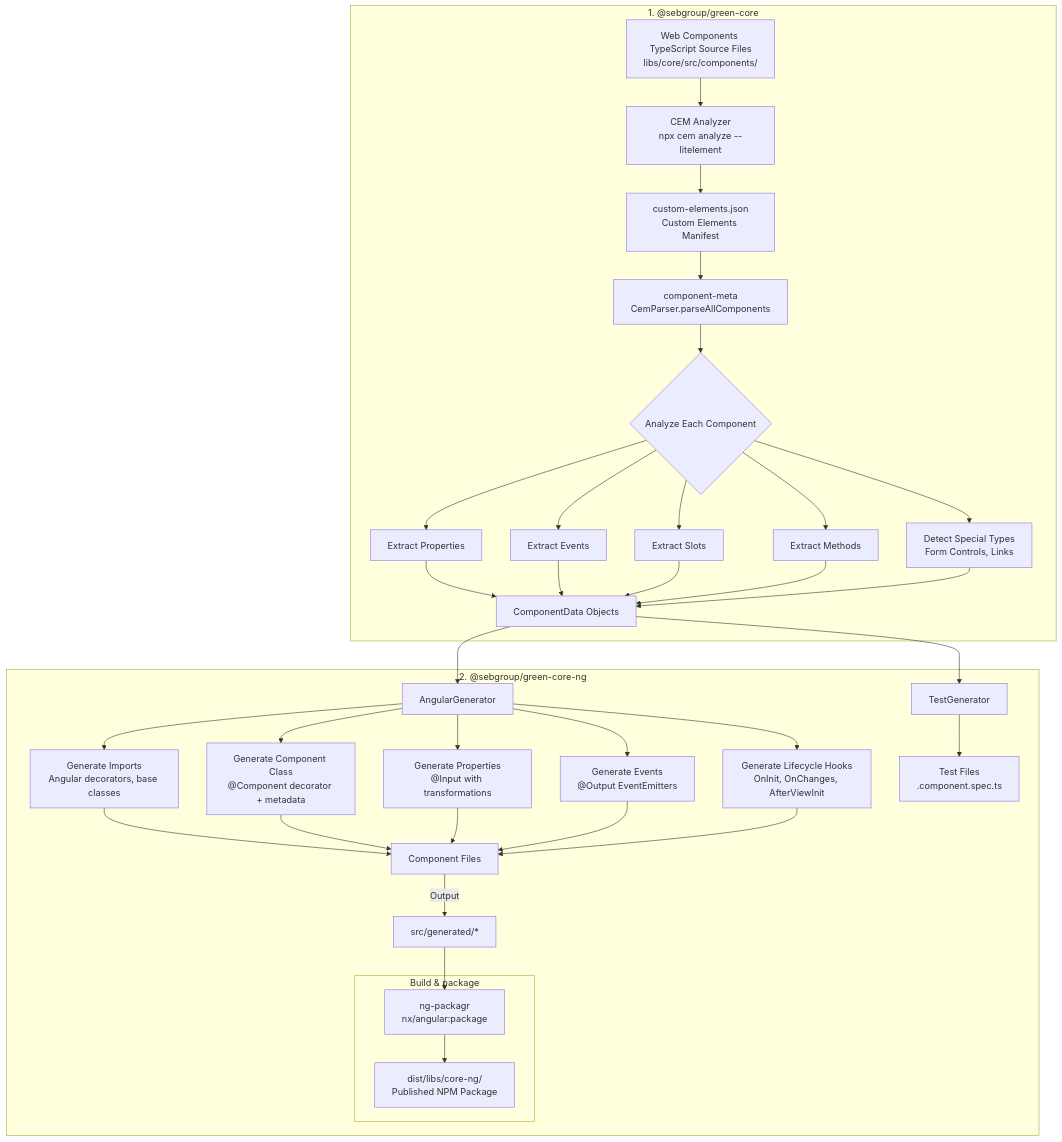
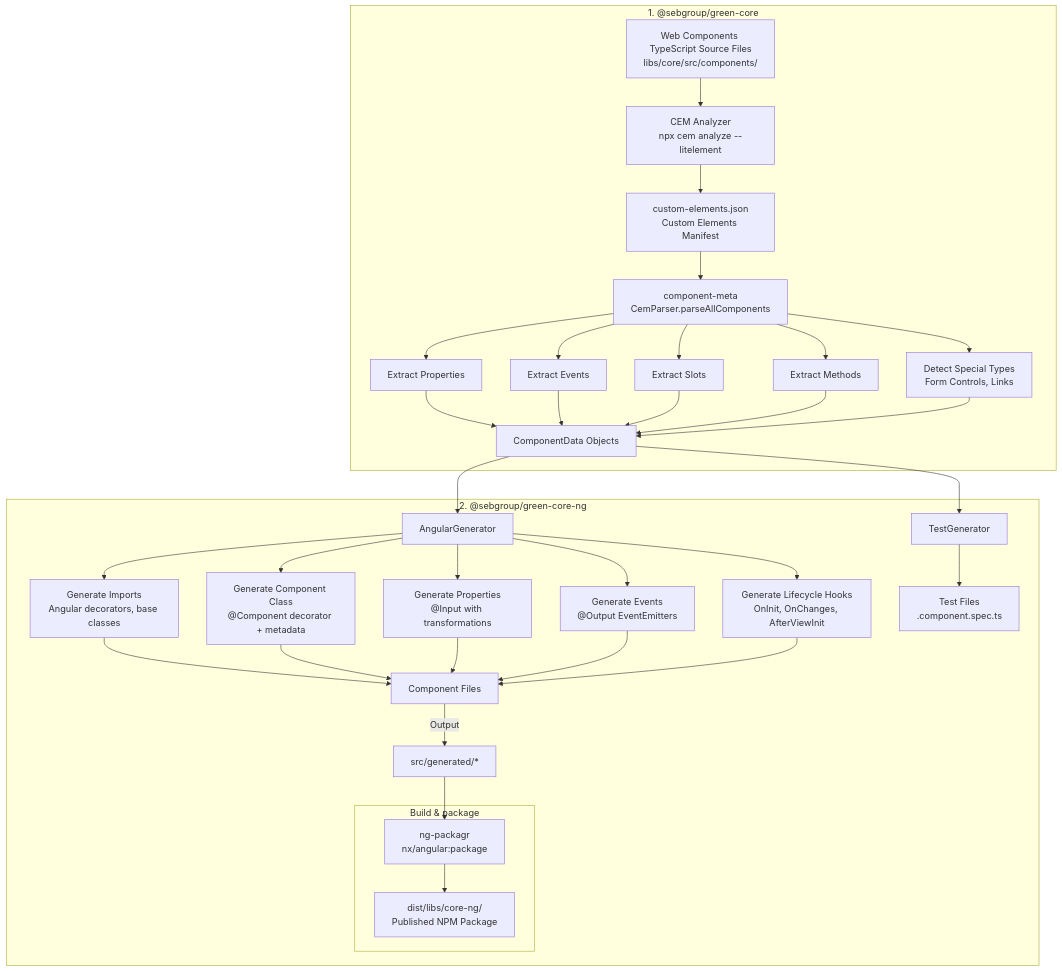
Before and after one commit to seb-oss/green: the diagram in libs/core-ng/README.md, drawn with Mermaid.

````diff
--- a/libs/core-ng/README.md
+++ b/libs/core-ng/README.md
@@ -88,39 +88,38 @@
 ```mermaid
 graph TB
     subgraph "1. @sebgroup/green-core"
         A[Web Components TypeScript Source Files<br/>libs/core/src/components/]
         A --> B[CEM Analyzer<br/>npx cem analyze --litelement]
         B --> C[custom-elements.json<br/>Custom Elements Manifest]
-        C --> D[component-meta<br/>CemParser.parseAllComponents]
-        D --> E{Analyze Each Component}
+        C --> E[component-meta<br/>CemParser.parseAllComponents]
         E --> F[Extract Properties]
         E --> G[Extract Events]
         E --> H[Extract Slots]
         E --> I[Extract Methods]
         E --> J[Detect Special Types<br/>Form Controls, Links]
         F & G & H & I & J --> K[ComponentData Objects]
     end
     
     subgraph "2. @sebgroup/green-core-ng"
         K --> L[AngularGenerator]
         L --> M[Generate Imports<br/>Angular decorators, base classes]
         L --> N[Generate Component Class<br/>@Component decorator + metadata]
         L --> O[Generate Properties<br/>@Input with transformations]
         L --> P[Generate Events<br/>@Output EventEmitters]
         L --> Q[Generate Lifecycle Hooks<br/>OnInit, OnChanges, AfterViewInit]
         M & N & O & P & Q --> R[Component Files]
         
         K --> S[TestGenerator]
         S --> T[Test Files<br/>.component.spec.ts]
 
         R --Output--> V["src/generated/*"]
       
           V --> W["ng-packagr<br/>nx/angular:package"]
         subgraph "Build & package"
           W --> X["dist/libs/core-ng/<br/>Published NPM Package"]
         end
 
     end
 
     class B,D,L,S,W process
 ```
````
